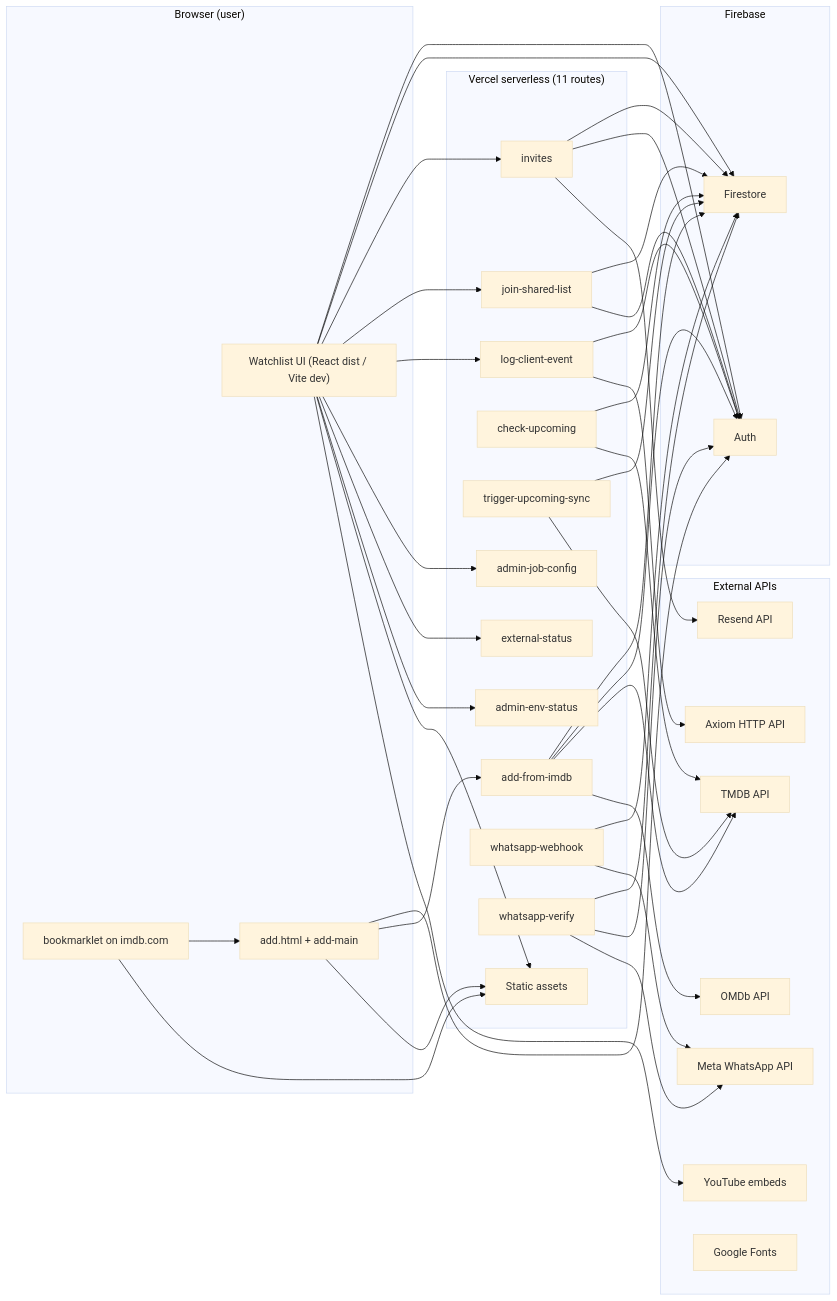
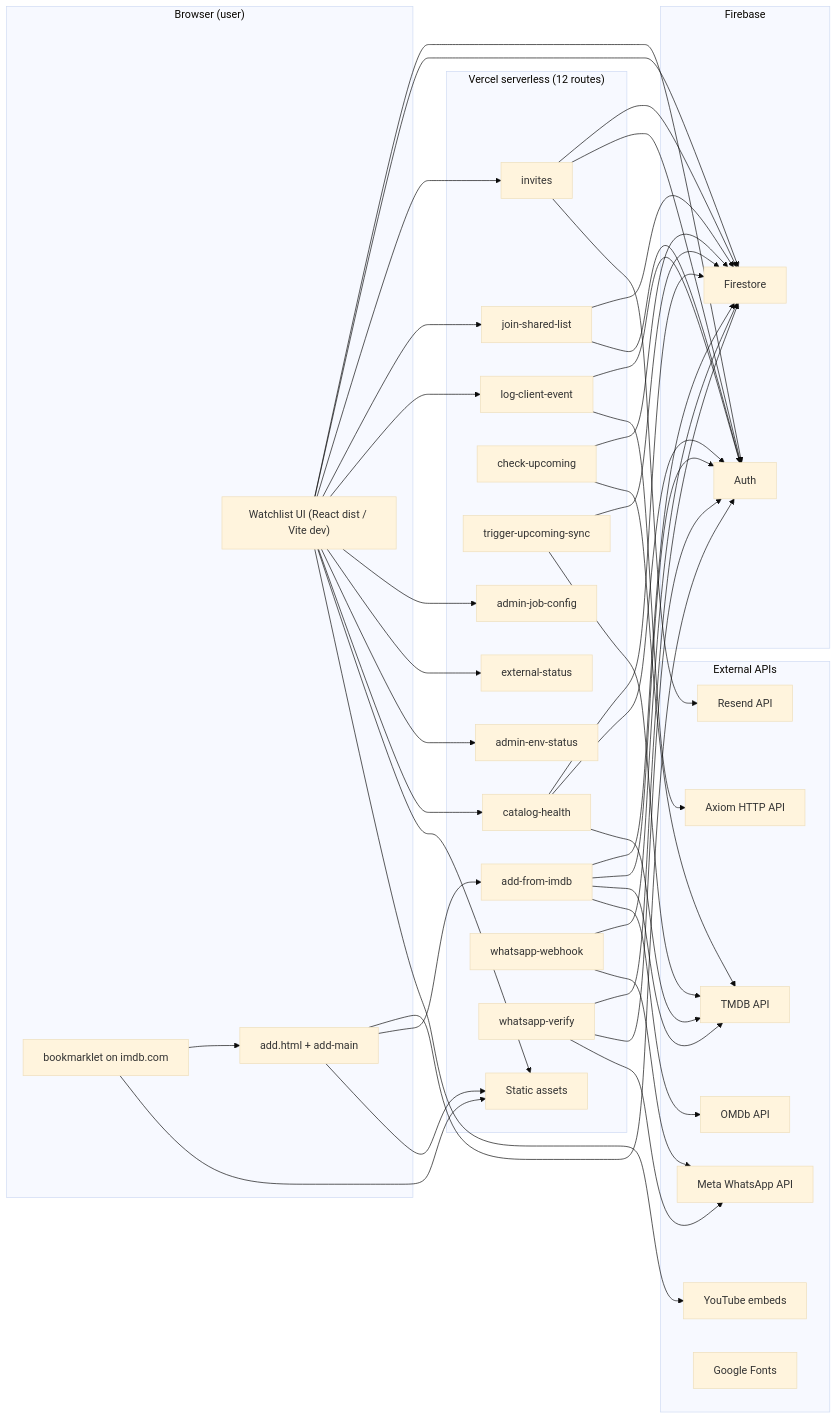
The first of 5 diagrams in system-design.md (maulbogat/watchlist-app), drawn with Mermaid (base theme) before and after one commit. The commit also changed other lines of this file and 7 other files, not shown here.

````diff
--- a/system-design.md
+++ b/system-design.md
@@ -446,76 +447,81 @@
 ```mermaid
 flowchart LR
   subgraph Browser["Browser (user)"]
     SPA["Watchlist UI (React dist / Vite dev)"]
     ADD["add.html + add-main"]
     BM["bookmarklet on imdb.com"]
   end
 
-  subgraph VercelAPI["Vercel serverless (11 routes)"]
+  subgraph VercelAPI["Vercel serverless (12 routes)"]
     API_ADD["add-from-imdb"]
     API_JOIN["join-shared-list"]
     API_INV["invites"]
     API_CRON["check-upcoming"]
     API_TRIG["trigger-upcoming-sync"]
     API_LOG["log-client-event"]
     API_JOB["admin-job-config"]
     API_ENV["admin-env-status"]
     API_EXT["external-status"]
+    API_CAT["catalog-health"]
     API_WA_HOOK["whatsapp-webhook"]
     API_WA_VER["whatsapp-verify"]
     Static["Static assets"]
   end
 
   subgraph Firebase["Firebase"]
     FS["Firestore"]
     FA["Auth"]
   end
 
   subgraph External["External APIs"]
     TMDB["TMDB API"]
     OMDb["OMDb API"]
     WA["Meta WhatsApp API"]
     RS["Resend API"]
     AX["Axiom HTTP API"]
     YT["YouTube embeds"]
     GFonts["Google Fonts"]
   end
 
   SPA --> FA
   SPA --> FS
   SPA --> API_INV
   SPA --> API_JOIN
   SPA --> API_LOG
   SPA --> API_JOB
   SPA --> API_EXT
   SPA --> API_ENV
+  SPA --> API_CAT
   ADD --> FA
   ADD --> API_ADD
   BM --> ADD
   BM --> Static
   SPA --> Static
   ADD --> Static
 
   API_ADD --> FS
   API_ADD --> FA
   API_ADD --> TMDB
   API_ADD --> OMDb
   API_JOIN --> FS
   API_JOIN --> FA
   API_CRON --> FS
   API_CRON --> TMDB
   API_TRIG --> FS
   API_TRIG --> TMDB
   API_WA_HOOK --> FS
   API_WA_HOOK --> WA
   API_WA_VER --> FS
   API_WA_VER --> FA
   API_WA_VER --> WA
   API_INV --> FS
   API_INV --> FA
   API_INV --> RS
   API_LOG --> FA
   API_LOG --> AX
+  API_CAT --> FS
+  API_CAT --> FA
+  API_CAT --> TMDB
 
   SPA --> YT
 ```
````
